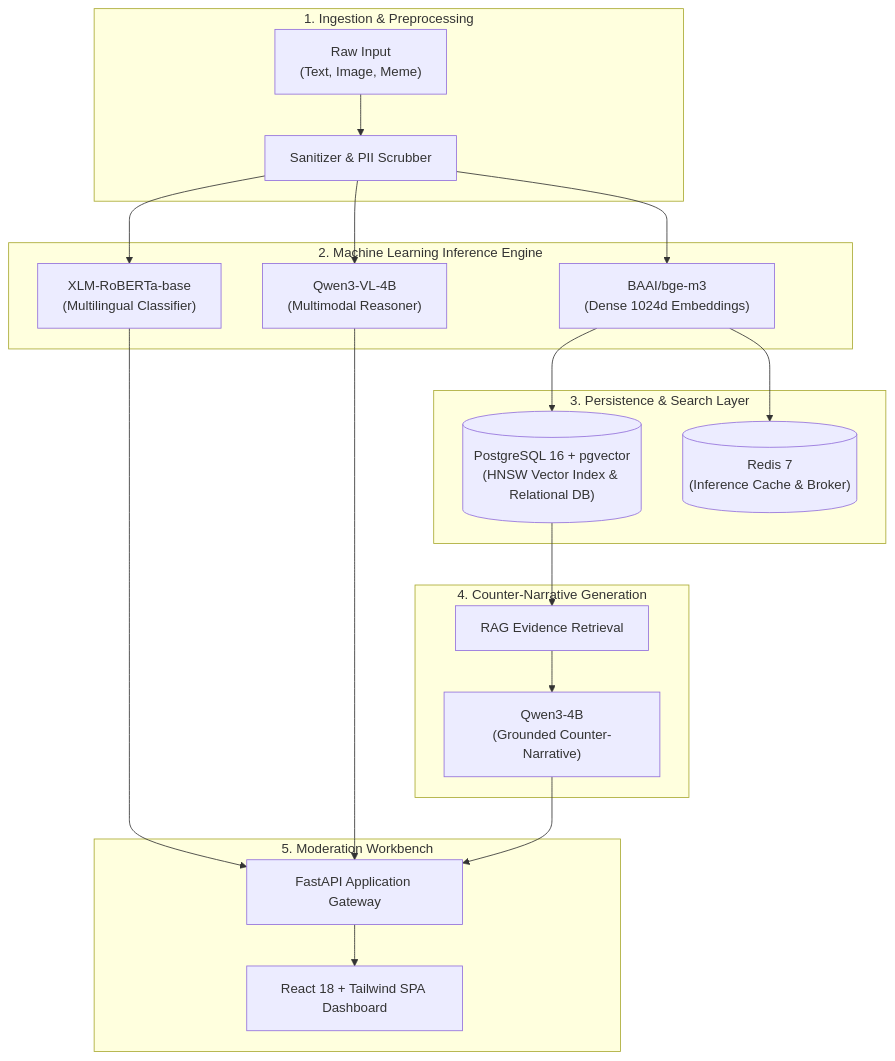
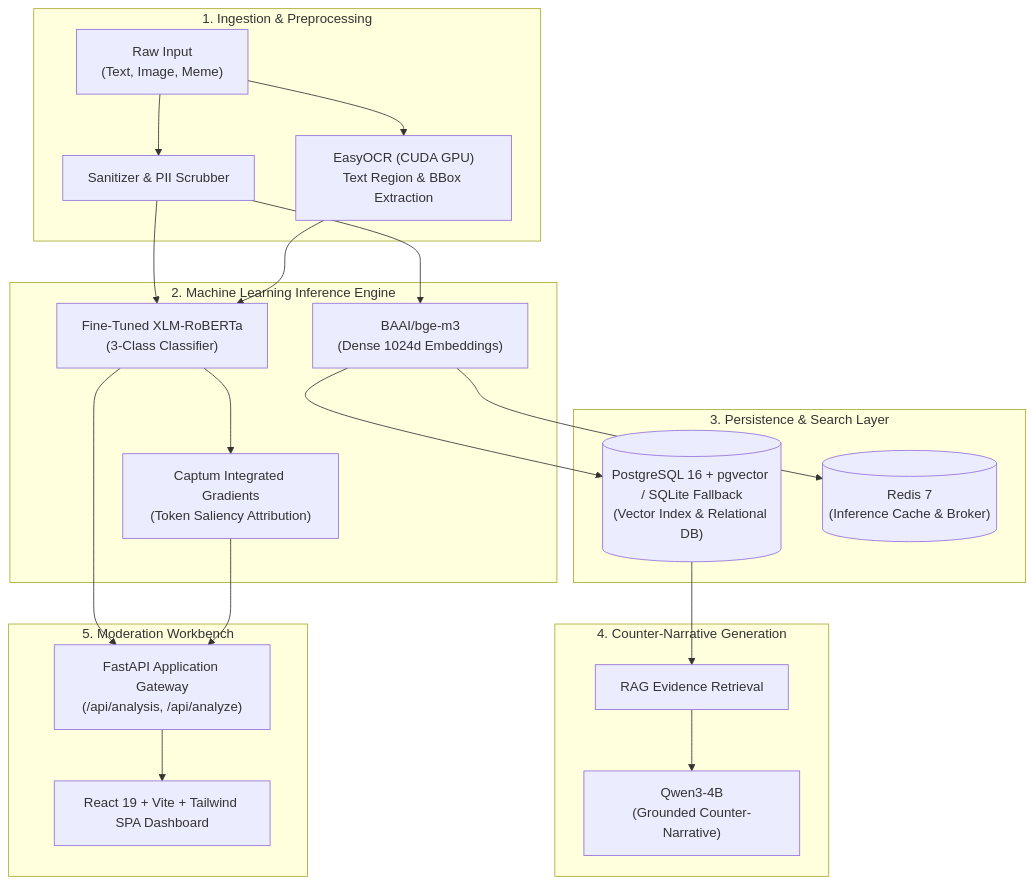
One commit to AnesthesiaProvider/NarrativeLens-AI- changed the diagram in README.md. Above: the diagram before and after it, drawn with Mermaid. The commit also changed other lines of this file, not shown here.

Commit message:
docs(readme): document fine-tuned model benchmarks, EasyOCR GPU pipeline, and verification scripts

````diff
--- a/README.md
+++ b/README.md
@@ -35,29 +49,30 @@
 ```mermaid
 flowchart TD
     subgraph Ingestion ["1. Ingestion & Preprocessing"]
         Input["Raw Input\n(Text, Image, Meme)"] --> Clean["Sanitizer & PII Scrubber"]
+        Input --> OCR["EasyOCR (CUDA GPU)\nText Region & BBox Extraction"]
     end
 
     subgraph ML ["2. Machine Learning Inference Engine"]
-        Clean --> XLM["XLM-RoBERTa-base\n(Multilingual Classifier)"]
-        Clean --> VL["Qwen3-VL-4B\n(Multimodal Reasoner)"]
+        Clean --> XLM["Fine-Tuned XLM-RoBERTa\n(3-Class Classifier)"]
+        OCR --> XLM
+        XLM --> Captum["Captum Integrated Gradients\n(Token Saliency Attribution)"]
         Clean --> BGE["BAAI/bge-m3\n(Dense 1024d Embeddings)"]
     end
 
     subgraph Persistence ["3. Persistence & Search Layer"]
-        BGE --> PG[("PostgreSQL 16 + pgvector\n(HNSW Vector Index & Relational DB)")]
+        BGE --> PG[("PostgreSQL 16 + pgvector / SQLite Fallback\n(Vector Index & Relational DB)")]
         BGE --> Redis[("Redis 7\n(Inference Cache & Broker)")]
     end
 
     subgraph Mitigation ["4. Counter-Narrative Generation"]
         PG --> RAG["RAG Evidence Retrieval"]
         RAG --> QWEN["Qwen3-4B\n(Grounded Counter-Narrative)"]
     end
 
     subgraph Presentation ["5. Moderation Workbench"]
-        XLM --> API["FastAPI Application Gateway"]
-        VL --> API
-        QWEN --> API
-        API --> UI["React 18 + Tailwind SPA Dashboard"]
+        XLM --> API["FastAPI Application Gateway\n(/api/analysis, /api/analyze)"]
+        Captum --> API
+        API --> UI["React 19 + Vite + Tailwind SPA Dashboard"]
     end
 ```
````
